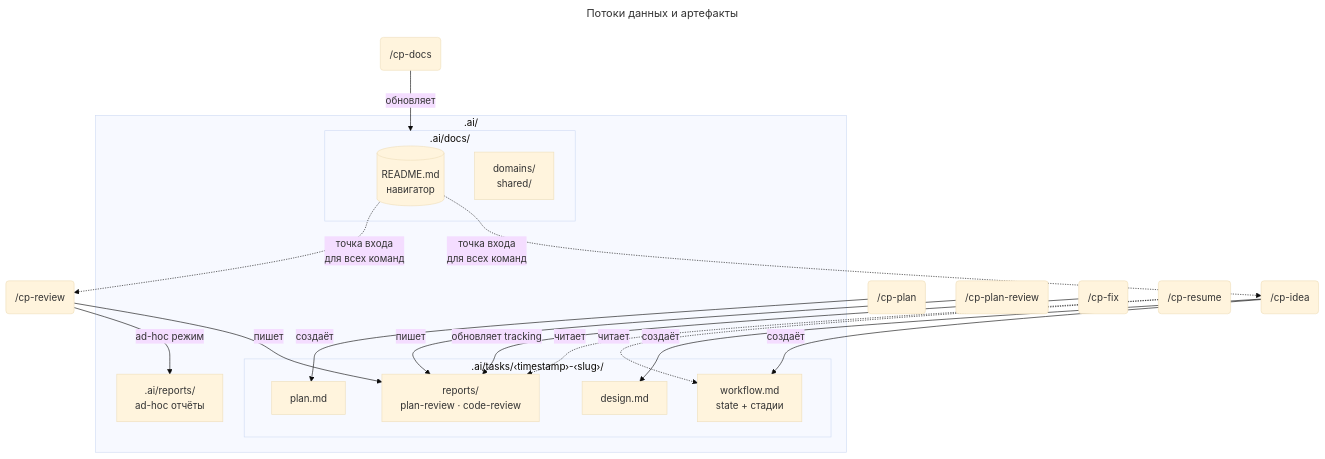
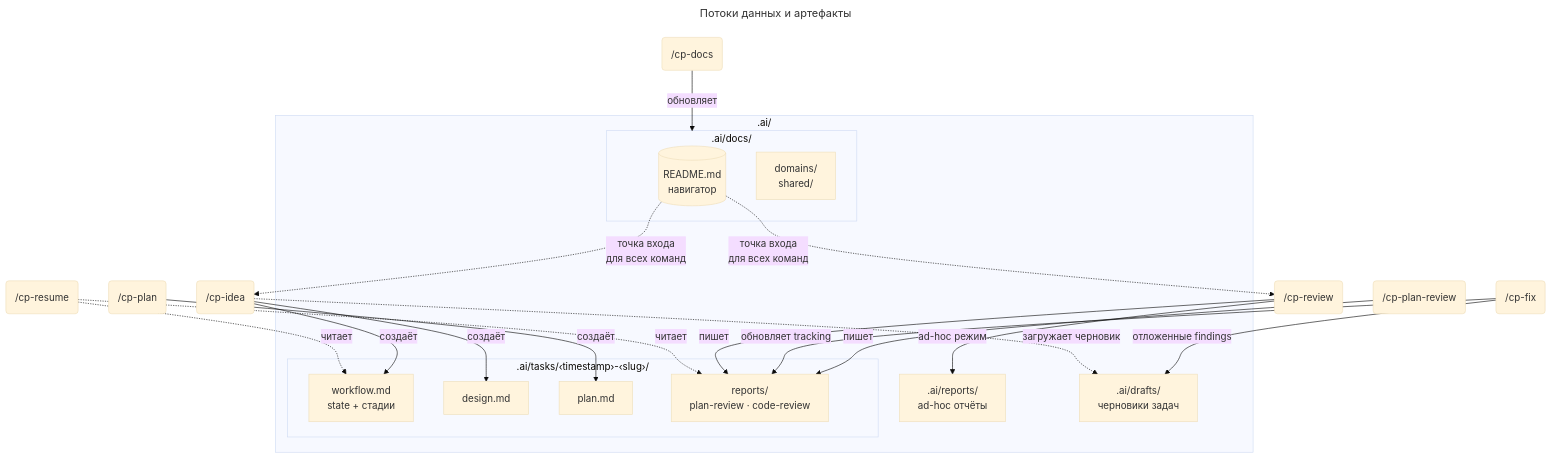
One commit to unger1984/codepatrol changed the second of 3 diagrams in README.ru.md. Above: the diagram before and after it, drawn with Mermaid (base theme). The commit also changed other lines of this file and 22 other files, not shown here.

````diff
--- a/README.ru.md
+++ b/README.ru.md
@@ -133,33 +133,36 @@
 ```mermaid
 ---
 title: Потоки данных и артефакты
 ---
 flowchart TD
     subgraph storage [".ai/"]
         subgraph docsdir [".ai/docs/"]
             readme[("README.md\nнавигатор")]
             domains["domains/\nshared/"]
         end
         subgraph taskdir [".ai/tasks/‹timestamp›-‹slug›/"]
             workflow["workflow.md\nstate + стадии"]
             designf["design.md"]
             planf["plan.md"]
             reports["reports/\nplan-review · code-review"]
         end
         adhoc[".ai/reports/\nad-hoc отчёты"]
+        drafts[".ai/drafts/\nчерновики задач"]
     end
 
     cpidea2("/cp-idea") -- "создаёт" --> workflow
     cpidea2 -- "создаёт" --> designf
     cpplan2("/cp-plan") -- "создаёт" --> planf
     planreview2("/cp-plan-review") -- "пишет" --> reports
     cpfixn2("/cp-fix") -- "обновляет tracking" --> reports
     cpreviewn2("/cp-review") -- "пишет" --> reports
     cpreviewn2 -- "ad-hoc режим" --> adhoc
+    cpfixn2 -- "отложенные findings" --> drafts
+    cpidea2 -. "загружает черновик" .-> drafts
     cpdocs2("/cp-docs") -- "обновляет" --> docsdir
     cpresumen2("/cp-resume") -. "читает" .-> workflow
     cpresumen2 -. "читает" .-> reports
 
     readme -. "точка входа\nдля всех команд" .-> cpidea2
     readme -. "точка входа\nдля всех команд" .-> cpreviewn2
 ```
````
